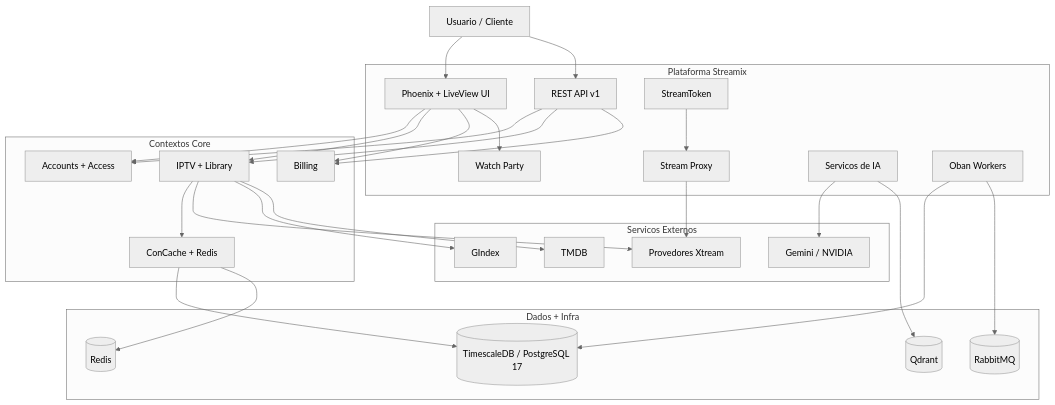
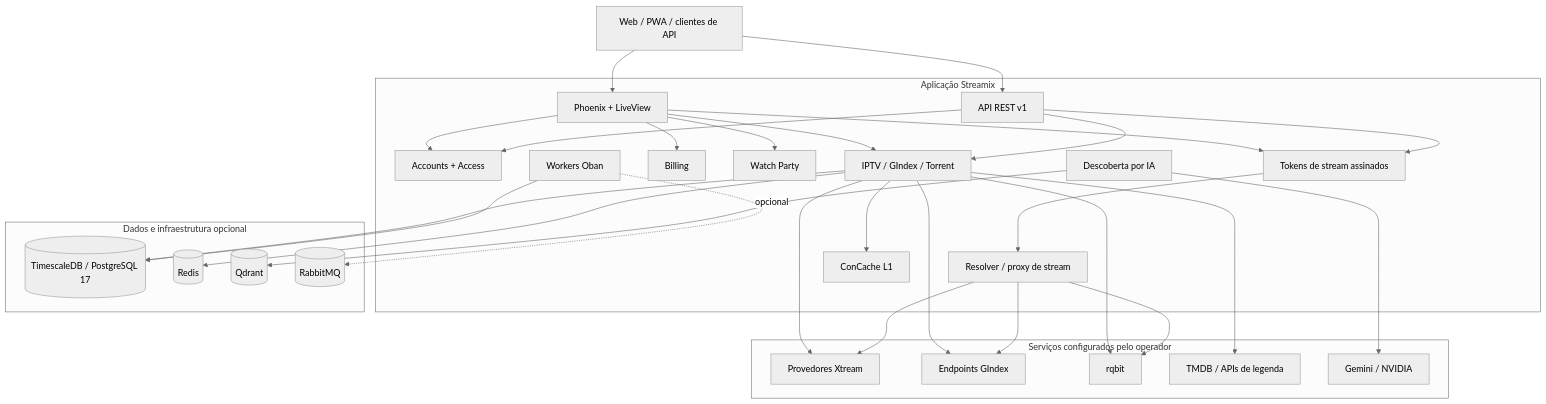
Before and after one commit to gabrielmaialva33/streamix: the first of 2 diagrams in README.pt.md, drawn with Mermaid (neutral theme). The commit also changed other lines of this file and 1 other file, not shown here.

Commit message:
docs: update README with clarified features, architecture, and runtime setup instructions

````diff
--- a/README.pt.md
+++ b/README.pt.md
@@ -89,57 +119,59 @@
 ```mermaid
 graph TD
-    U[Usuario / Cliente]
+    CLIENTS[Web / PWA / clientes de API]
 
-    subgraph Streamix["Plataforma Streamix"]
-        W[Phoenix + LiveView UI]
-        API[REST API v1]
-        ST[StreamToken]
-        SP[Stream Proxy]
-        WP[Watch Party]
-        AI[Servicos de IA]
-        JOBS[Oban Workers]
+    subgraph APP["Aplicação Streamix"]
+        WEB[Phoenix + LiveView]
+        API[API REST v1]
+        AUTH[Accounts + Access]
+        CATALOG[IPTV / GIndex / Torrent]
+        BILL[Billing]
+        PARTY[Watch Party]
+        AI[Descoberta por IA]
+        TOKEN[Tokens de stream assinados]
+        DELIVERY[Resolver / proxy de stream]
+        JOBS[Workers Oban]
+        L1[ConCache L1]
     end
 
-    subgraph Core["Contextos Core"]
-        ACC[Accounts + Access]
-        IPTV[IPTV + Library]
-        BILL[Billing]
-        CACHE[ConCache + Redis]
-    end
-
-    subgraph Data["Dados + Infra"]
+    subgraph DATA["Dados e infraestrutura opcional"]
         DB[(TimescaleDB / PostgreSQL 17)]
         REDIS[(Redis)]
         QDRANT[(Qdrant)]
         RMQ[(RabbitMQ)]
     end
 
-    subgraph External["Servicos Externos"]
+    subgraph SOURCES["Serviços configurados pelo operador"]
         XT[Provedores Xtream]
-        GIDX[GIndex]
-        TMDB[TMDB]
+        GIDX[Endpoints GIndex]
+        RQBIT[rqbit]
+        TMDB[TMDB / APIs de legenda]
         EMB[Gemini / NVIDIA]
     end
 
-    U --> W
-    U --> API
-    W --> ACC
-    W --> IPTV
-    W --> BILL
-    W --> WP
-    API --> ACC
-    API --> IPTV
-    API --> BILL
-    IPTV --> CACHE
-    CACHE --> DB
-    CACHE --> REDIS
-    ST --> SP
-    SP --> XT
-    IPTV --> XT
-    IPTV --> GIDX
-    IPTV --> TMDB
+    CLIENTS --> WEB
+    CLIENTS --> API
+    WEB --> AUTH
+    WEB --> CATALOG
+    WEB --> BILL
+    WEB --> PARTY
+    API --> AUTH
+    API --> CATALOG
+    CATALOG --> DB
+    CATALOG --> L1
+    CATALOG --> REDIS
+    CATALOG --> XT
+    CATALOG --> GIDX
+    CATALOG --> RQBIT
+    CATALOG --> TMDB
+    WEB --> TOKEN
+    API --> TOKEN
+    TOKEN --> DELIVERY
+    DELIVERY --> XT
+    DELIVERY --> GIDX
+    DELIVERY --> RQBIT
     AI --> EMB
     AI --> QDRANT
     JOBS --> DB
-    JOBS --> RMQ
+    JOBS -. opcional .-> RMQ
 ```
````
